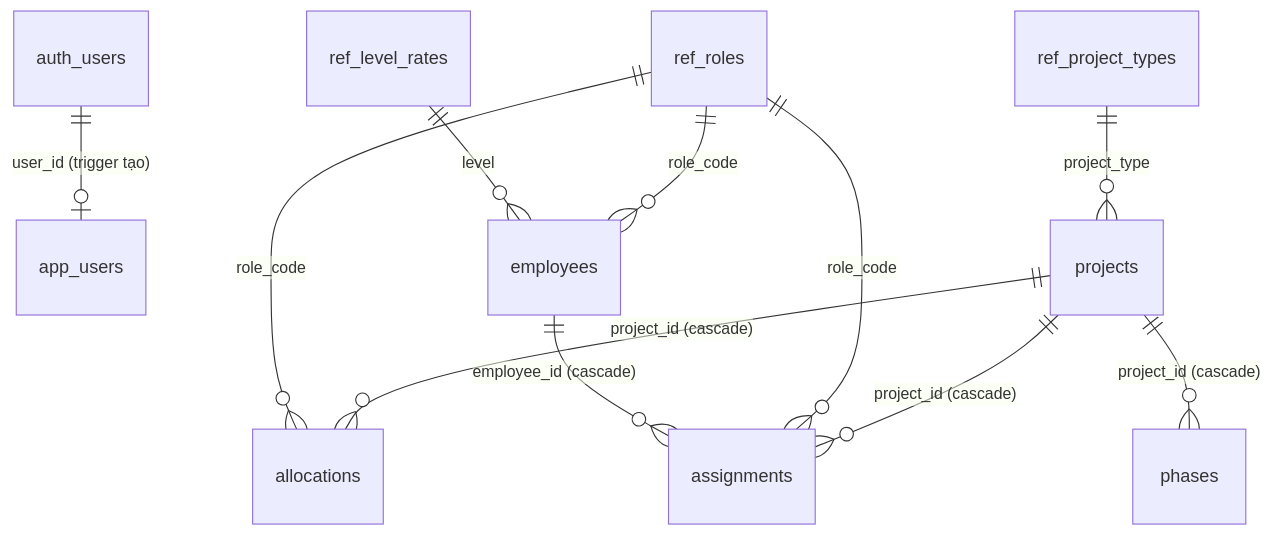
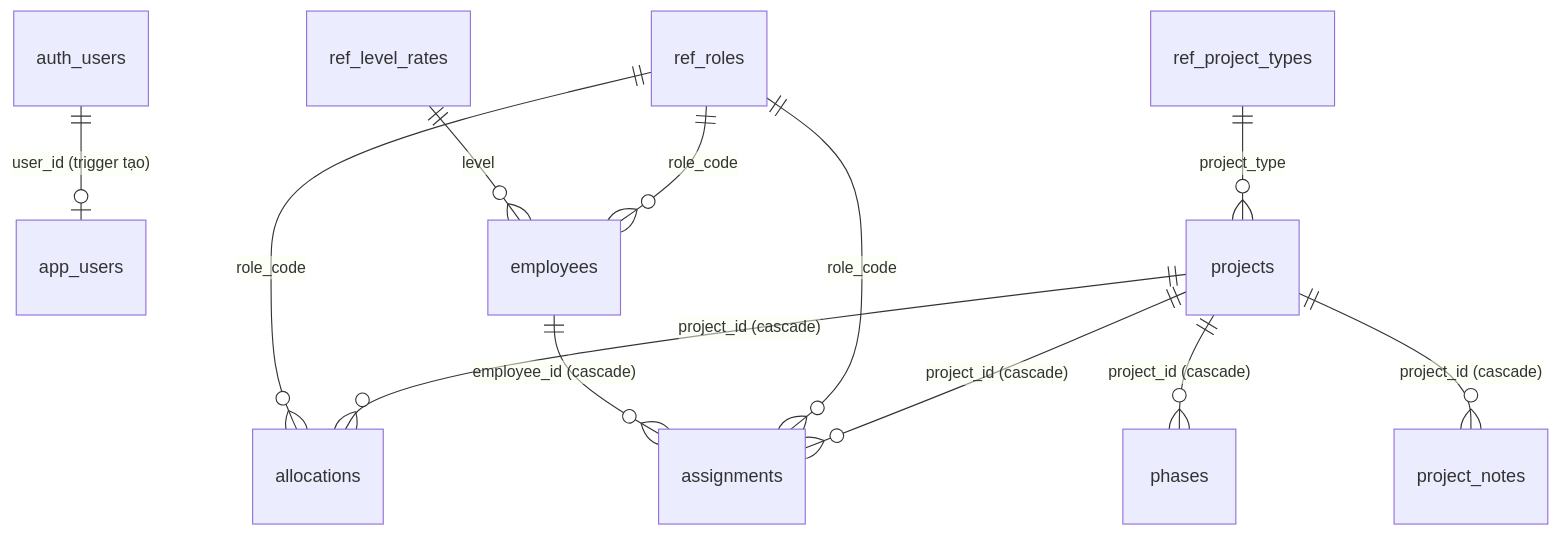
The diagram in docs/DATABASE.md (Huyen-Cosy/resource-planner), drawn with Mermaid before and after one commit. The commit also changed other lines of this file and 6 other files, not shown here.

````diff
--- a/docs/DATABASE.md
+++ b/docs/DATABASE.md
@@ -23,13 +23,14 @@
 ```mermaid
 erDiagram
   auth_users ||--o| app_users : "user_id (trigger tạo)"
   ref_roles ||--o{ employees : role_code
   ref_level_rates ||--o{ employees : level
   ref_project_types ||--o{ projects : project_type
   projects ||--o{ phases : "project_id (cascade)"
   projects ||--o{ allocations : "project_id (cascade)"
   projects ||--o{ assignments : "project_id (cascade)"
+  projects ||--o{ project_notes : "project_id (cascade)"
   ref_roles ||--o{ allocations : role_code
   ref_roles ||--o{ assignments : role_code
   employees ||--o{ assignments : "employee_id (cascade)"
 ```
````
